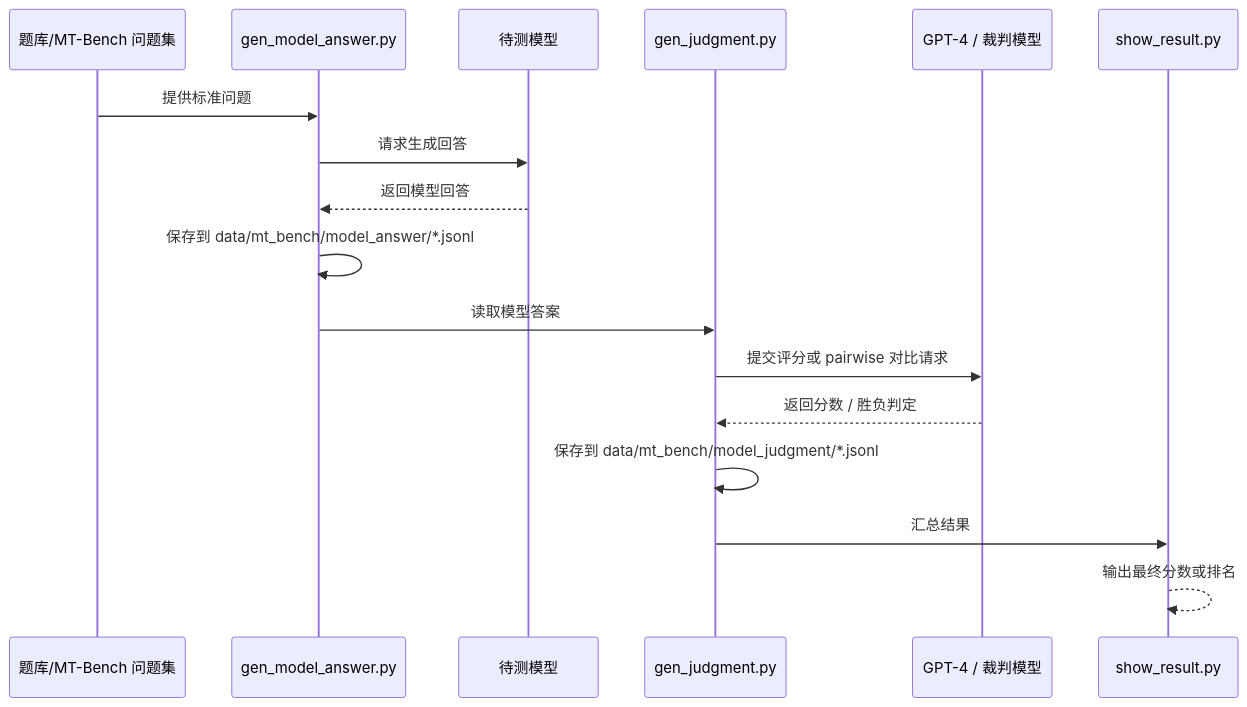
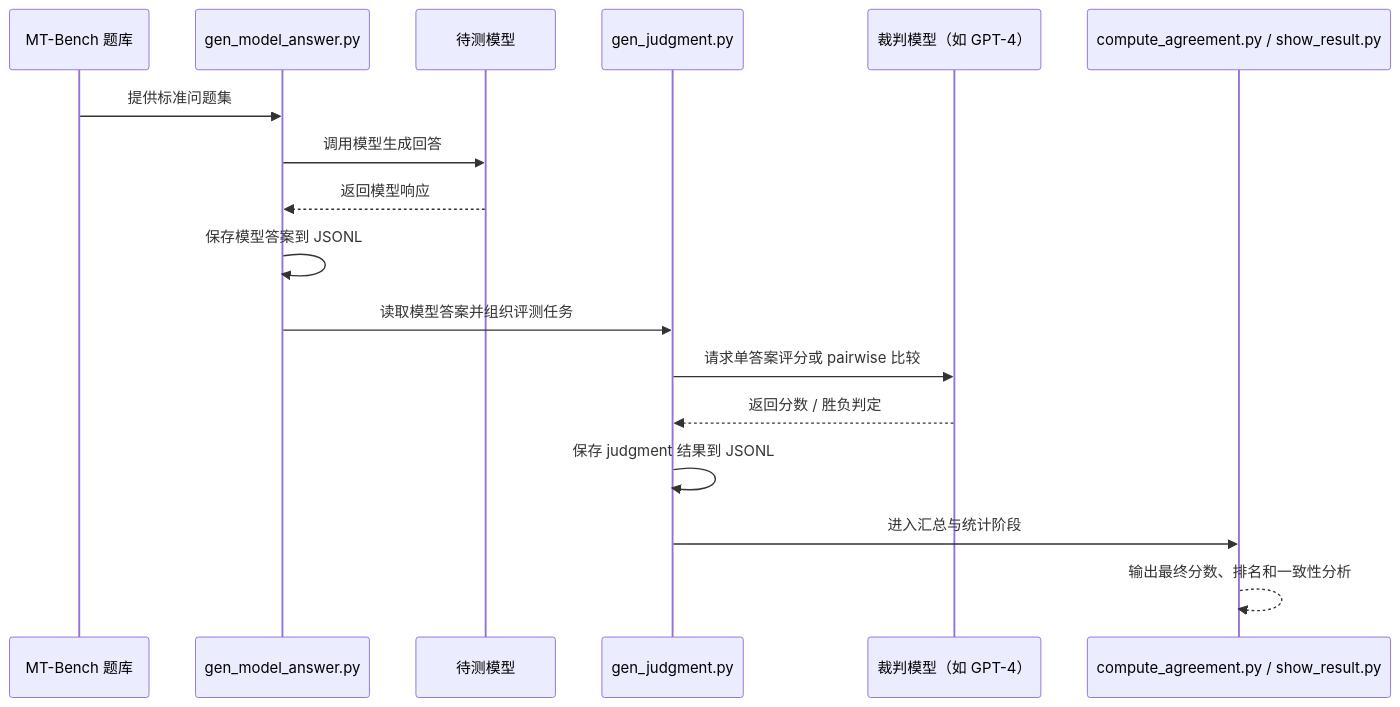
One commit to Jashinck/StartModels changed the second of 5 diagrams in docs/fastchat_architecture_and_eval.md. Above: the diagram before and after it, drawn with Mermaid. The commit also changed other lines of this file, not shown here.

Commit message:
Update fastchat_architecture_and_eval.md with new content

````diff
--- a/docs/fastchat_architecture_and_eval.md
+++ b/docs/fastchat_architecture_and_eval.md
@@ -82,20 +144,20 @@
 ```mermaid
 sequenceDiagram
-    participant Q as 题库/MT-Bench 问题集
+    participant Q as MT-Bench 题库
     participant A as gen_model_answer.py
     participant M as 待测模型
     participant J as gen_judgment.py
-    participant G as GPT-4 / 裁判模型
-    participant S as show_result.py
+    participant G as 裁判模型（如 GPT-4）
+    participant C as compute_agreement.py / show_result.py
 
-    Q->>A: 提供标准问题
-    A->>M: 请求生成回答
-    M-->>A: 返回模型回答
-    A->>A: 保存到 data/mt_bench/model_answer/*.jsonl
-    A->>J: 读取模型答案
-    J->>G: 提交评分或 pairwise 对比请求
+    Q->>A: 提供标准问题集
+    A->>M: 调用模型生成回答
+    M-->>A: 返回模型响应
+    A->>A: 保存模型答案到 JSONL
+    A->>J: 读取模型答案并组织评测任务
+    J->>G: 请求单答案评分或 pairwise 比较
     G-->>J: 返回分数 / 胜负判定
-    J->>J: 保存到 data/mt_bench/model_judgment/*.jsonl
-    J->>S: 汇总结果
-    S-->>S: 输出最终分数或排名
+    J->>J: 保存 judgment 结果到 JSONL
+    J->>C: 进入汇总与统计阶段
+    C-->>C: 输出最终分数、排名和一致性分析
 ```
````
